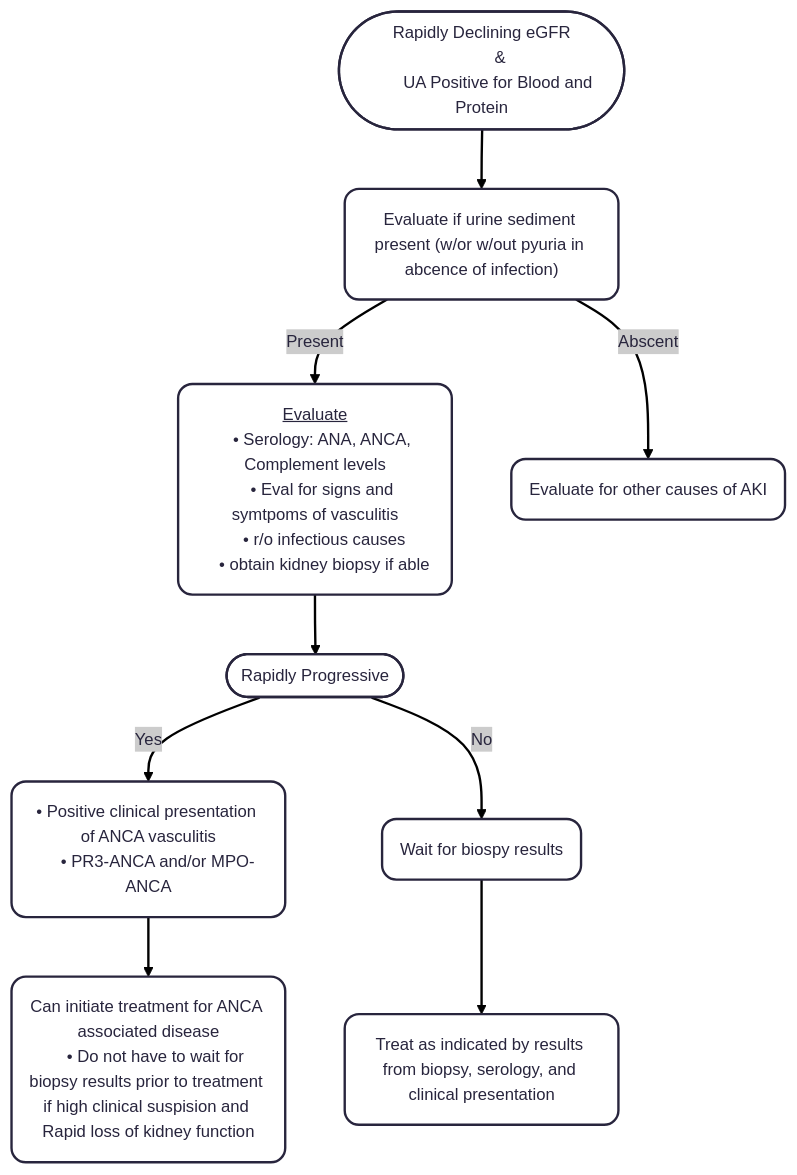
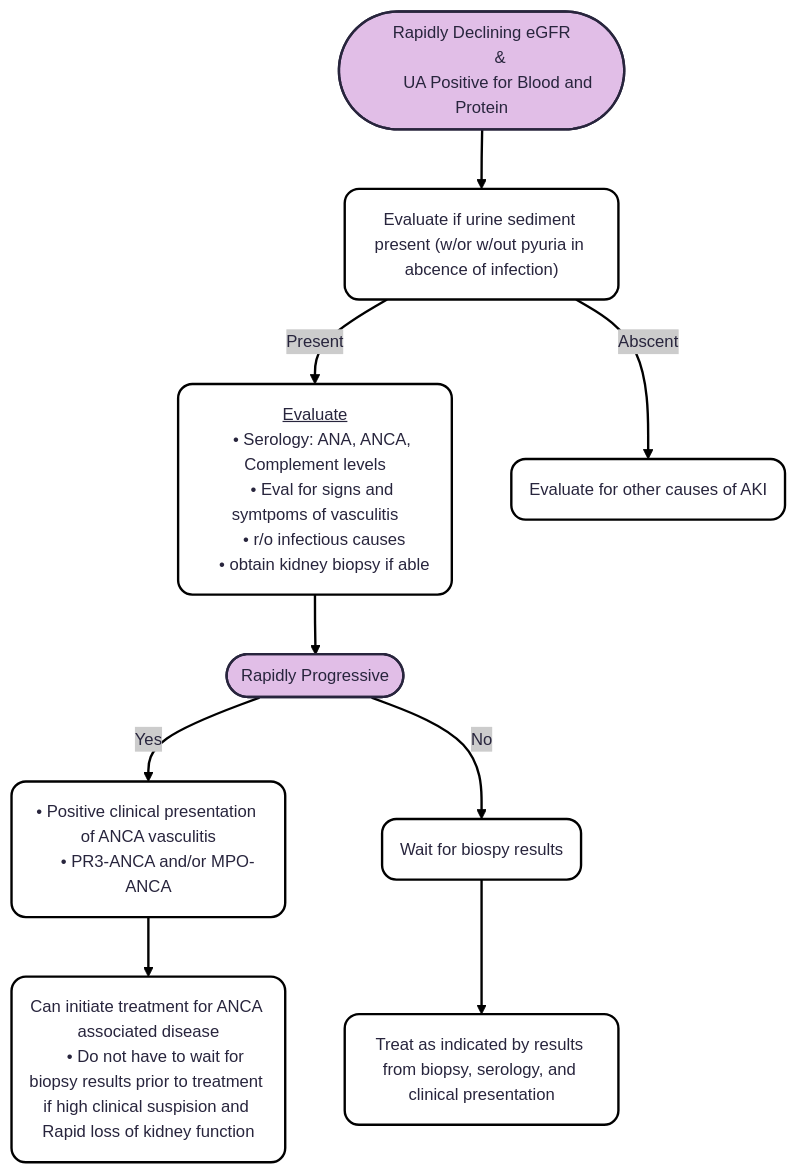
One commit to TTUNEPH2025/GN changed the diagram in docs/ANCA.md. Above: the diagram before and after it, drawn with Mermaid.

````diff
--- a/docs/ANCA.md
+++ b/docs/ANCA.md
@@ -72,30 +72,40 @@
 ```mermaid
 ---
 config:
   theme: redux
 ---
 flowchart TD
     A(["Rapidly Declining eGFR
         &
         UA Positive for Blood and Protein"]) --> n1["Evaluate if urine sediment present (w/or w/out pyuria in abcence of infection)"]
     n1 -- Present --> n2["<ins>Evaluate</ins>
     • Serology: ANA, ANCA, Complement levels
     • Eval for signs and symtpoms of vasculitis
     • r/o infectious causes
     • obtain kidney biopsy if able"]
     n1 -- Abscent --> n3["Evaluate for other causes of AKI"]
     n2 --> n4(["Rapidly Progressive"])
     n4 -- Yes --> n5["• Positive clinical presentation of ANCA vasculitis
     • PR3-ANCA and/or MPO-ANCA"]
     n4 -- No --> n6["Wait for biospy results"]
     n5 --> n7["Can initiate treatment for ANCA associated disease
     • Do not have to wait for biopsy results prior to treatment if high clinical suspision and Rapid loss of kidney function"]
     n6 --> n8["Treat as indicated by results from biopsy, serology, and clinical presentation"]
     n1@{ shape: rounded}
     n2@{ shape: rounded}
     n3@{ shape: rounded}
     n5@{ shape: rounded}
     n6@{ shape: rounded}
     n7@{ shape: rounded}
     n8@{ shape: rounded}
+    style A fill:#E1BEE7
+    style n1 fill:#FFFFFF,stroke:#000000
+    style n2 stroke:#000000,fill:#FFFFFF
+    style n3 stroke:#000000,fill:#FFFFFF
+    style n4 fill:#E1BEE7
+    style n5 fill:#FFFFFF,stroke:#000000
+    style n6 stroke:#000000,fill:#FFFFFF
+    style n7 fill:#FFFFFF,stroke:#000000
+    style n8 fill:#FFFFFF,stroke:#000000
+
 ```
````
